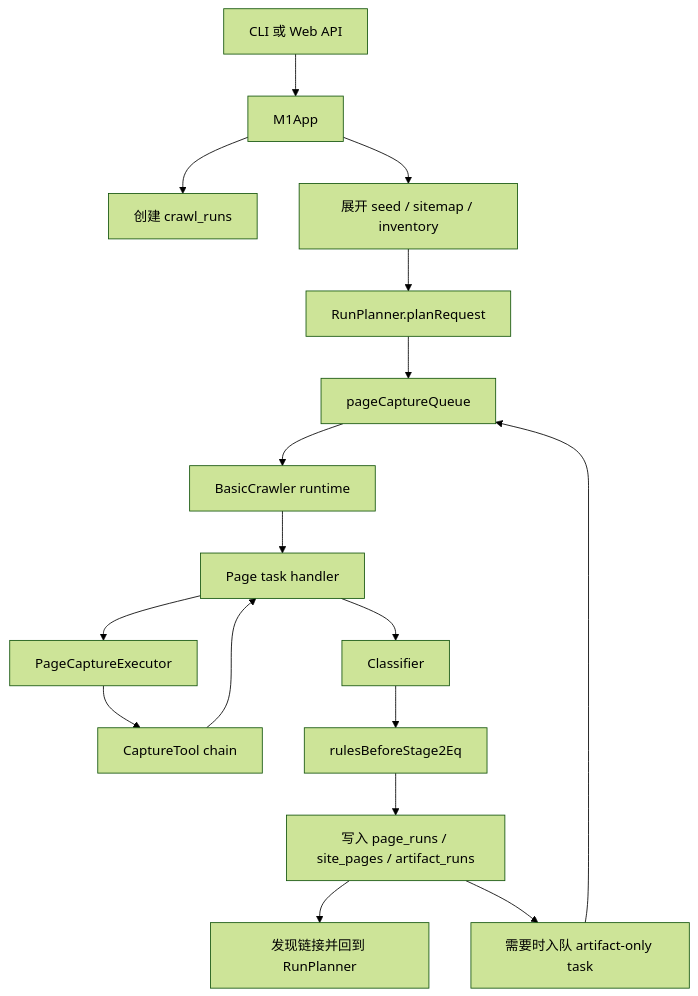
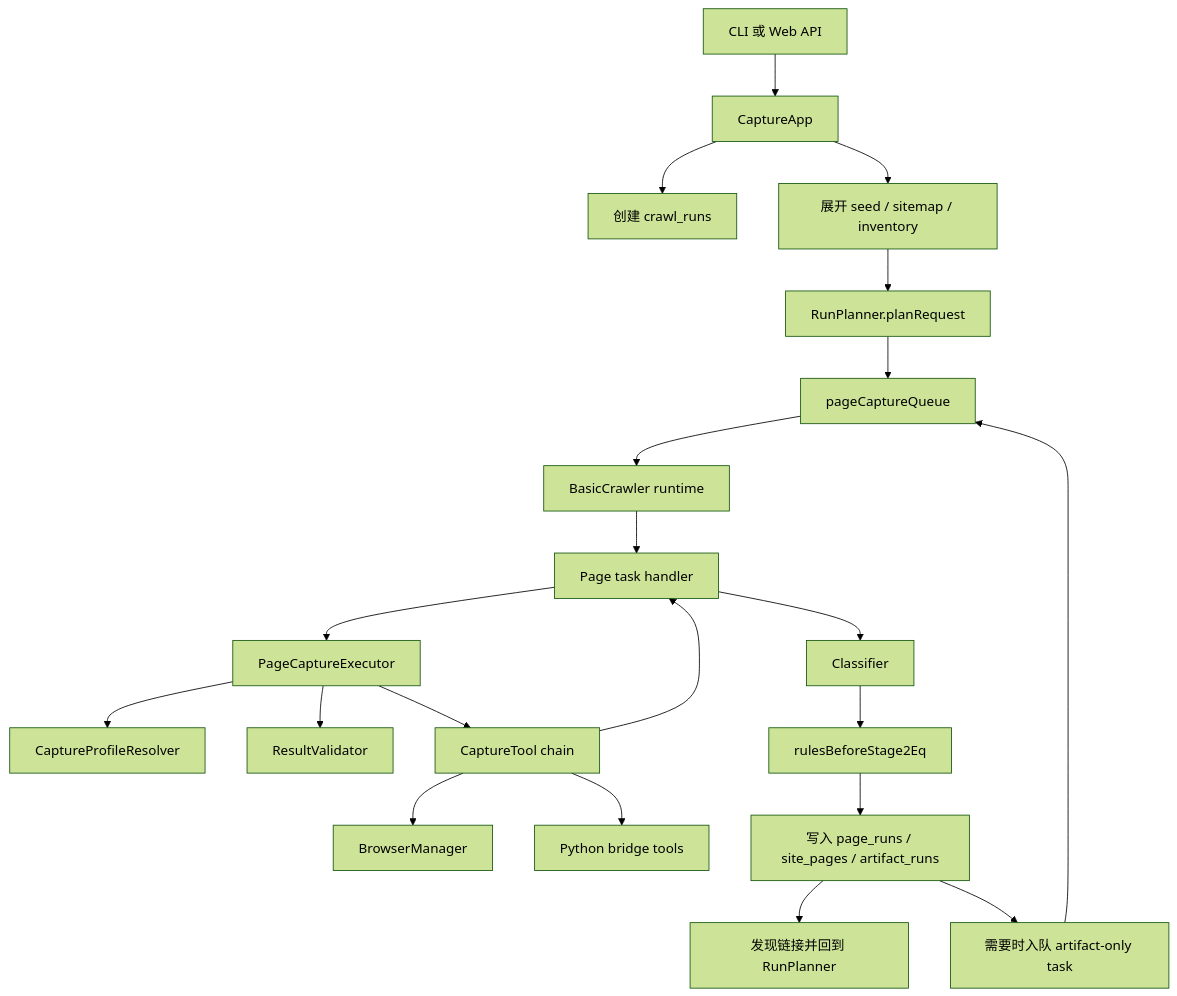
One commit to tianzhipeng-git/kvault-web-capture changed the second of 2 diagrams in docs/technical-module-structure.md. Above: the diagram before and after it, drawn with Mermaid (forest theme). The commit also changed other lines of this file and 20 other files, not shown here.

````diff
--- a/docs/technical-module-structure.md
+++ b/docs/technical-module-structure.md
@@ -143,19 +170,23 @@
 ```mermaid
 flowchart TD
-  CLI["CLI 或 Web API"] --> APP["M1App"]
+  CLI["CLI 或 Web API"] --> APP["CaptureApp"]
   APP --> RUN["创建 crawl_runs"]
   APP --> EXPAND["展开 seed / sitemap / inventory"]
   EXPAND --> PLAN["RunPlanner.planRequest"]
   PLAN --> PQ["pageCaptureQueue"]
   PQ --> BASIC["BasicCrawler runtime"]
   BASIC --> HANDLER["Page task handler"]
   HANDLER --> EXECUTOR["PageCaptureExecutor"]
+  EXECUTOR --> PROFILE["CaptureProfileResolver"]
+  EXECUTOR --> VALIDATOR["ResultValidator"]
   EXECUTOR --> TOOLS["CaptureTool chain"]
+  TOOLS --> BROWSER["BrowserManager"]
+  TOOLS --> PY["Python bridge tools"]
   TOOLS --> HANDLER
   HANDLER --> CLASSIFY["Classifier"]
   CLASSIFY --> RULE2["rulesBeforeStage2Eq"]
   RULE2 --> PR["写入 page_runs / site_pages / artifact_runs"]
   PR --> DISCOVER["发现链接并回到 RunPlanner"]
   PR --> ARTIFACT["需要时入队 artifact-only task"]
   ARTIFACT --> PQ
 ```
````
